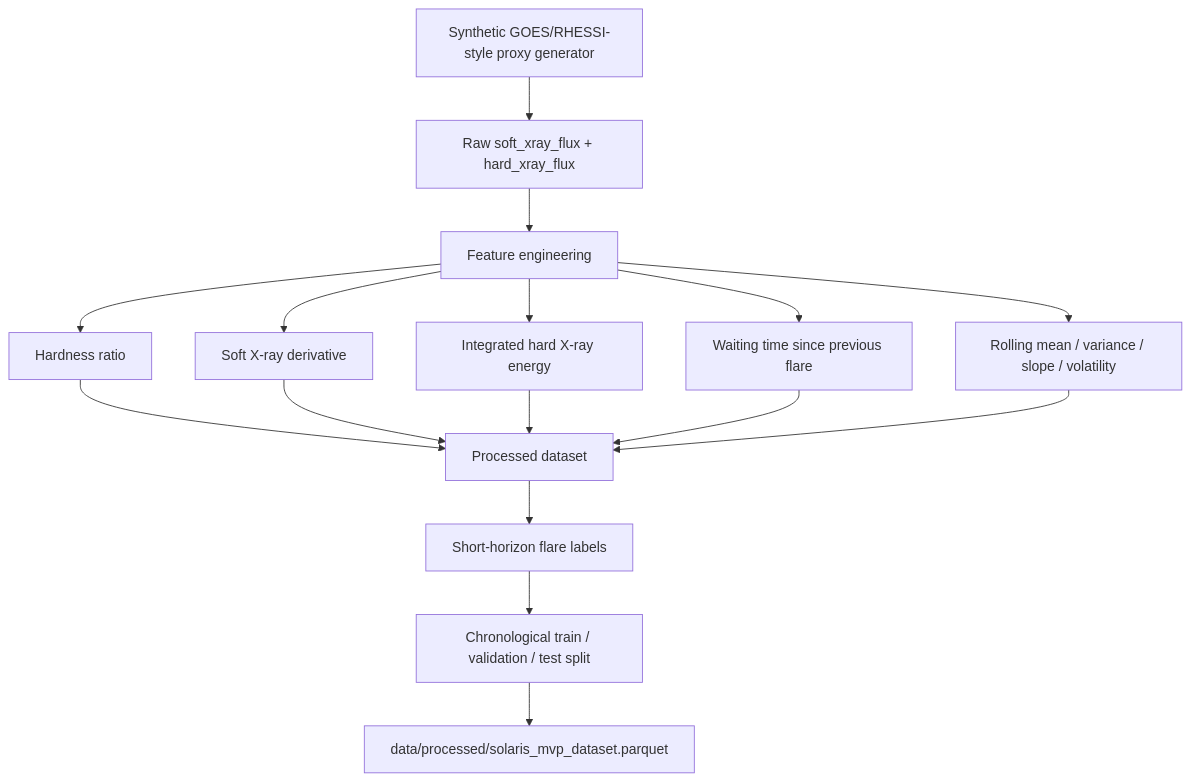
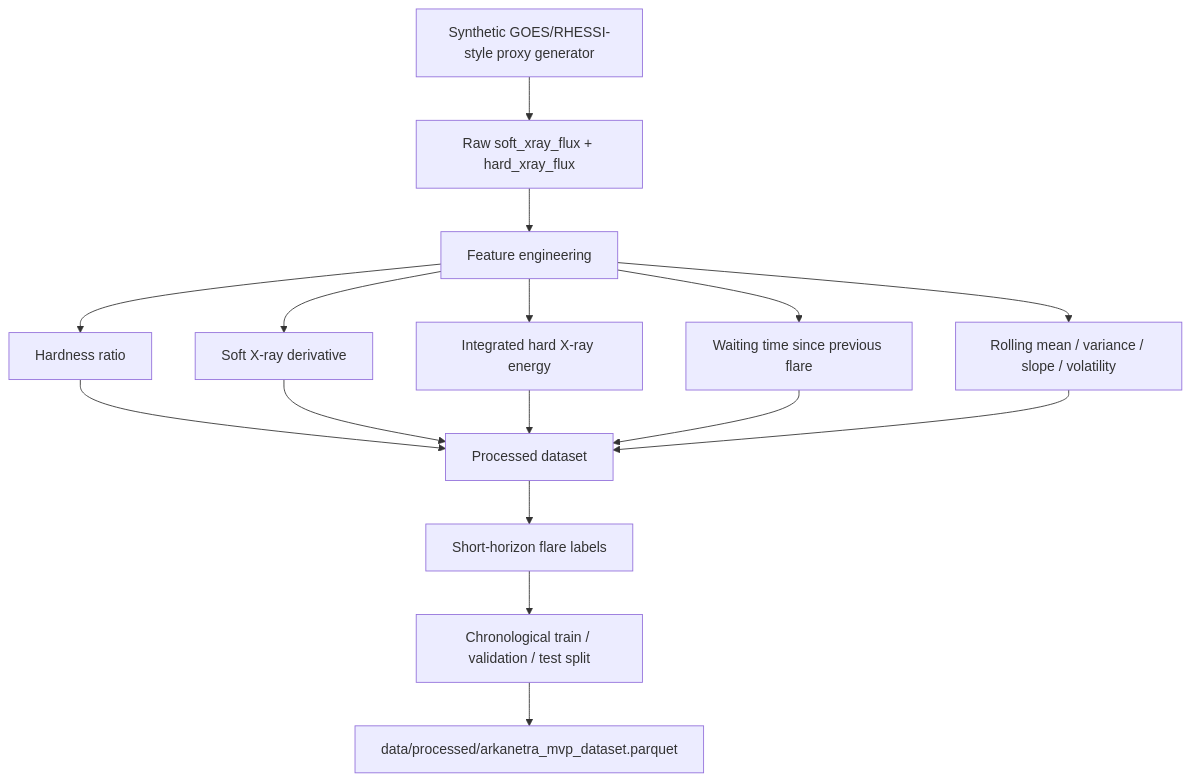
Before and after one commit to RavaniRoshan/arka-netra: the fourth of 13 diagrams in explanation.md, drawn with Mermaid. The commit also changed other lines of this file and 153 other files, not shown here.

````diff
--- a/explanation.md
+++ b/explanation.md
@@ -105,18 +105,18 @@
 ```mermaid
 flowchart TD
     A["Synthetic GOES/RHESSI-style proxy generator"] --> B["Raw soft_xray_flux + hard_xray_flux"]
     B --> C["Feature engineering"]
     C --> D["Hardness ratio"]
     C --> E["Soft X-ray derivative"]
     C --> F["Integrated hard X-ray energy"]
     C --> G["Waiting time since previous flare"]
     C --> H["Rolling mean / variance / slope / volatility"]
     D --> I["Processed dataset"]
     E --> I
     F --> I
     G --> I
     H --> I
     I --> J["Short-horizon flare labels"]
     J --> K["Chronological train / validation / test split"]
-    K --> L["data/processed/solaris_mvp_dataset.parquet"]
+    K --> L["data/processed/arkanetra_mvp_dataset.parquet"]
 ```
````
